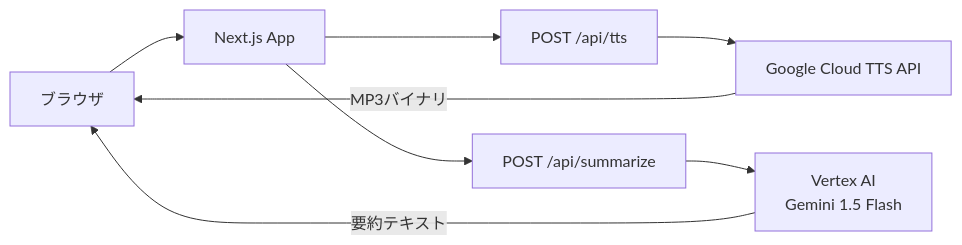
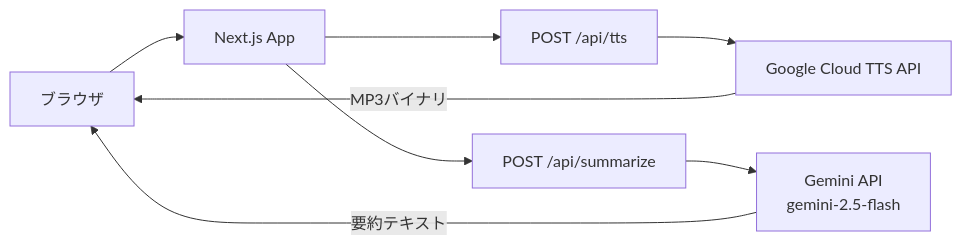
One commit to ryusei2790/tts-app changed the diagram in README.md. Above: the diagram before and after it, drawn with Mermaid. The commit also changed other lines of this file and 3 other files, not shown here.

Commit message:
chore: GEMINI_API_KEY環境変数を追加しドキュメントをGemini API対応に更新

````diff
--- a/README.md
+++ b/README.md
@@ -43,10 +43,10 @@
 ```mermaid
 graph LR
     Client[ブラウザ] --> Next[Next.js App]
     Next --> TTS_API[POST /api/tts]
     Next --> SUM_API[POST /api/summarize]
     TTS_API --> GCP_TTS[Google Cloud TTS API]
-    SUM_API --> VertexAI[Vertex AI\nGemini 1.5 Flash]
+    SUM_API --> GeminiAPI[Gemini API\ngemini-2.5-flash]
     GCP_TTS -->|MP3バイナリ| Client
-    VertexAI -->|要約テキスト| Client
+    GeminiAPI -->|要約テキスト| Client
 ```
````
